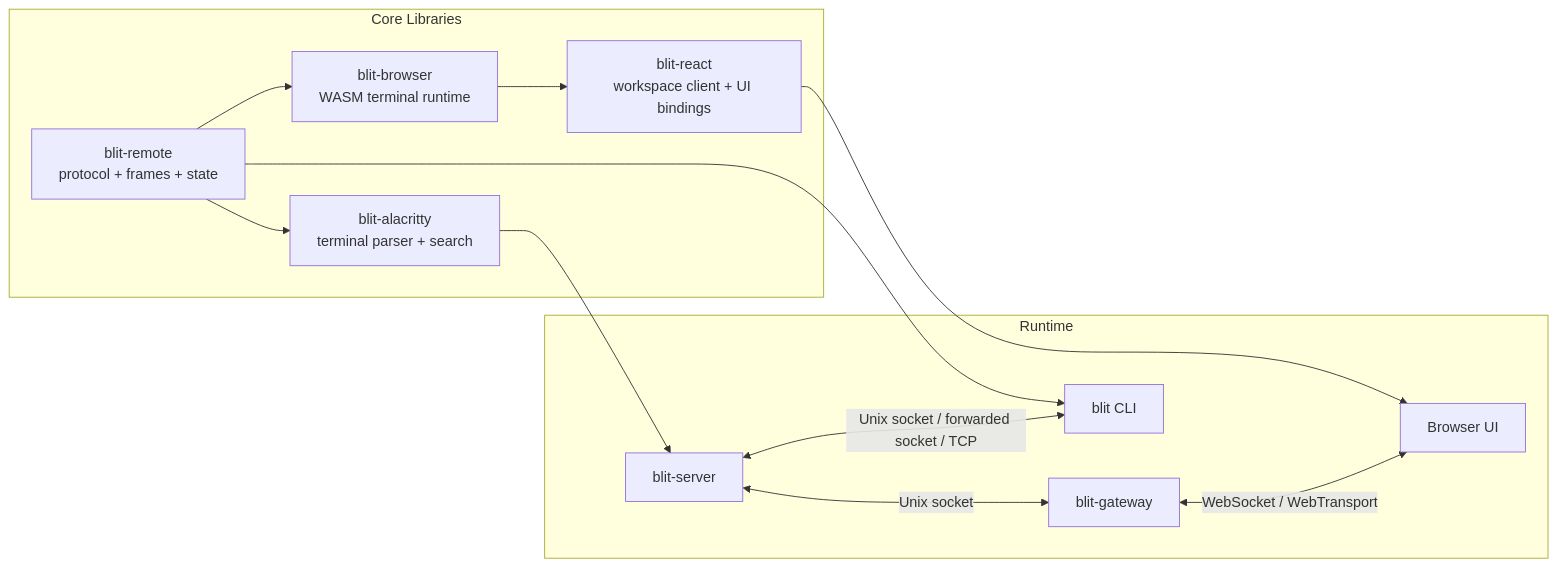
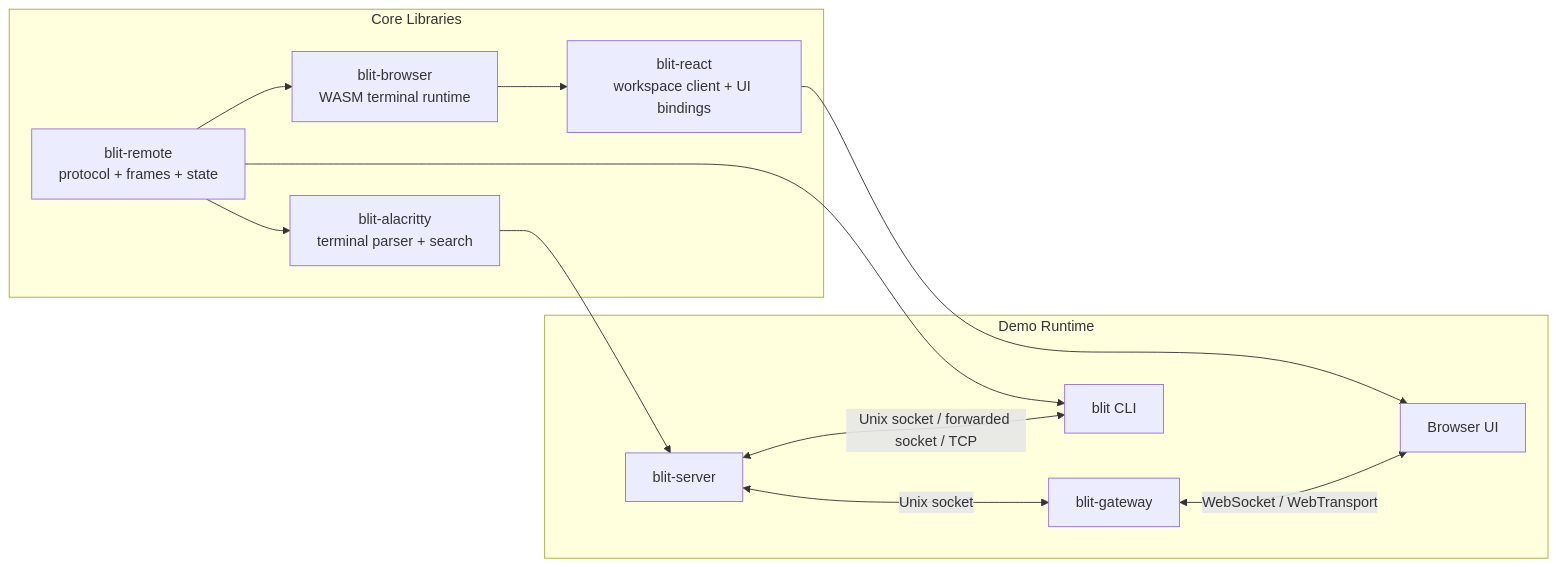
The diagram in README.md (pcarrier/btrm), drawn with Mermaid before and after one commit. The commit also changed other lines of this file and 43 other files, not shown here.

````diff
--- a/README.md
+++ b/README.md
@@ -125,26 +161,26 @@
 ```mermaid
 graph LR
     subgraph Core Libraries
         R["blit-remote<br/>protocol + frames + state"]
         A["blit-alacritty<br/>terminal parser + search"]
         B["blit-browser<br/>WASM terminal runtime"]
         RE["blit-react<br/>workspace client + UI bindings"]
     end
 
-    subgraph Runtime
+    subgraph Demo Runtime
         S["blit-server"]
         G["blit-gateway"]
         C["blit CLI"]
         W["Browser UI"]
     end
 
     A --> S
     R --> A
     R --> C
     R --> B
     B --> RE
     RE --> W
     S <-->|Unix socket| G
     S <-->|Unix socket / forwarded socket / TCP| C
     G <-->|WebSocket / WebTransport| W
 ```
````
